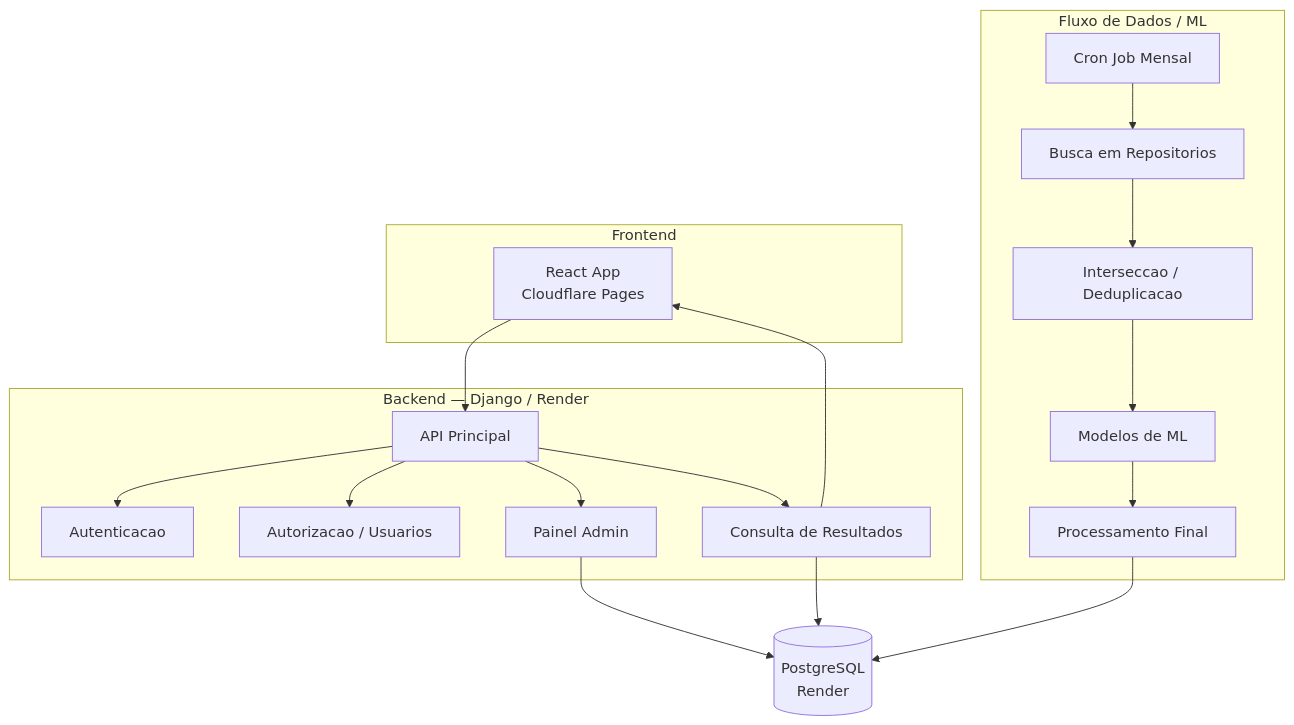
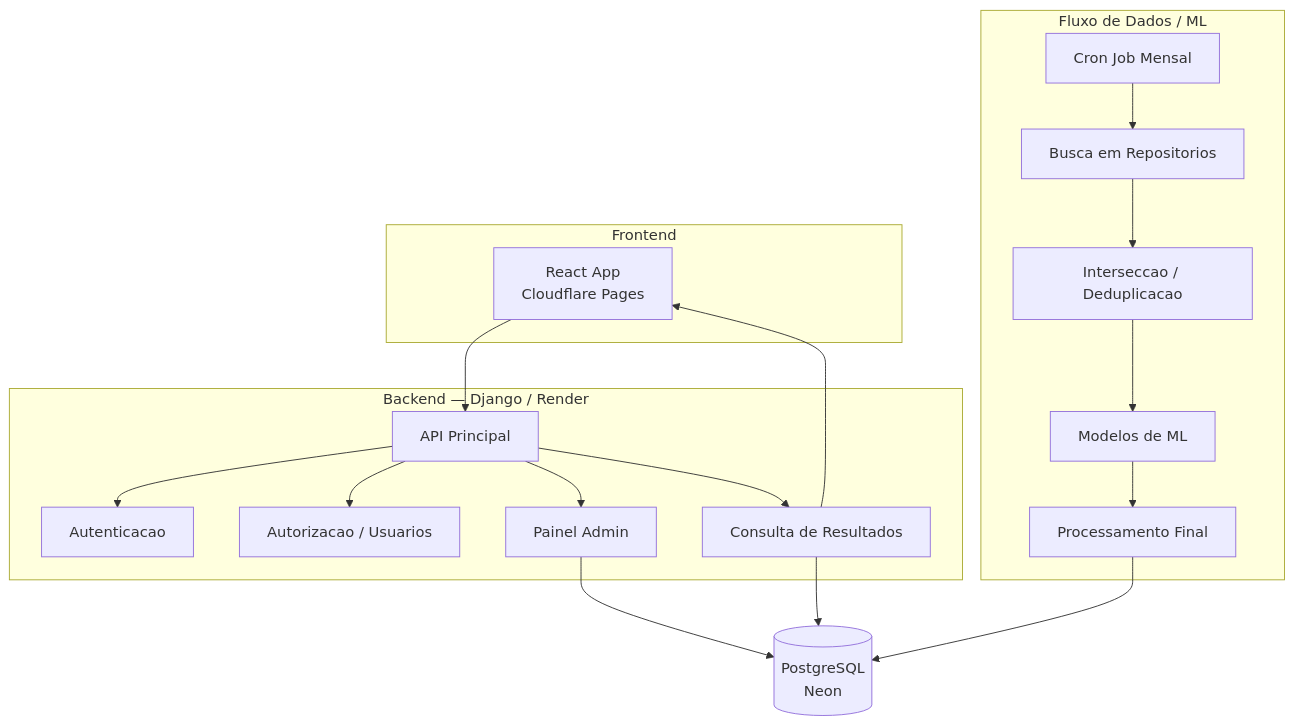
The diagram in README.md (leosanner/api-petrobras), drawn with Mermaid before and after one commit. The commit also changed other lines of this file and 2 other files, not shown here.

Commit message:
docs: update database provider from Render to Neon
PostgreSQL hosting moved to Neon. Updated references in PROJECT.md,
README.md, and recorded the decision in STATE.md.

````diff
--- a/README.md
+++ b/README.md
@@ -7,41 +7,41 @@
 ```mermaid
 flowchart TD
     subgraph Frontend
         A[React App<br/>Cloudflare Pages]
     end
 
     subgraph Backend["Backend — Django / Render"]
         B[API Principal]
         C[Autenticacao]
         D[Autorizacao / Usuarios]
         E[Painel Admin]
         F[Consulta de Resultados]
     end
 
     subgraph Pipeline["Fluxo de Dados / ML"]
         H[Cron Job Mensal]
         I[Busca em Repositorios]
         J[Interseccao / Deduplicacao]
         K[Modelos de ML]
         L[Processamento Final]
     end
 
-    G[(PostgreSQL<br/>Render)]
+    G[(PostgreSQL<br/>Neon)]
 
     A --> B
     B --> C
     B --> D
     B --> E
     B --> F
 
     E --> G
     F --> G
 
     H --> I
     I --> J
     J --> K
     K --> L
     L --> G
 
     F --> A
 ```
````
